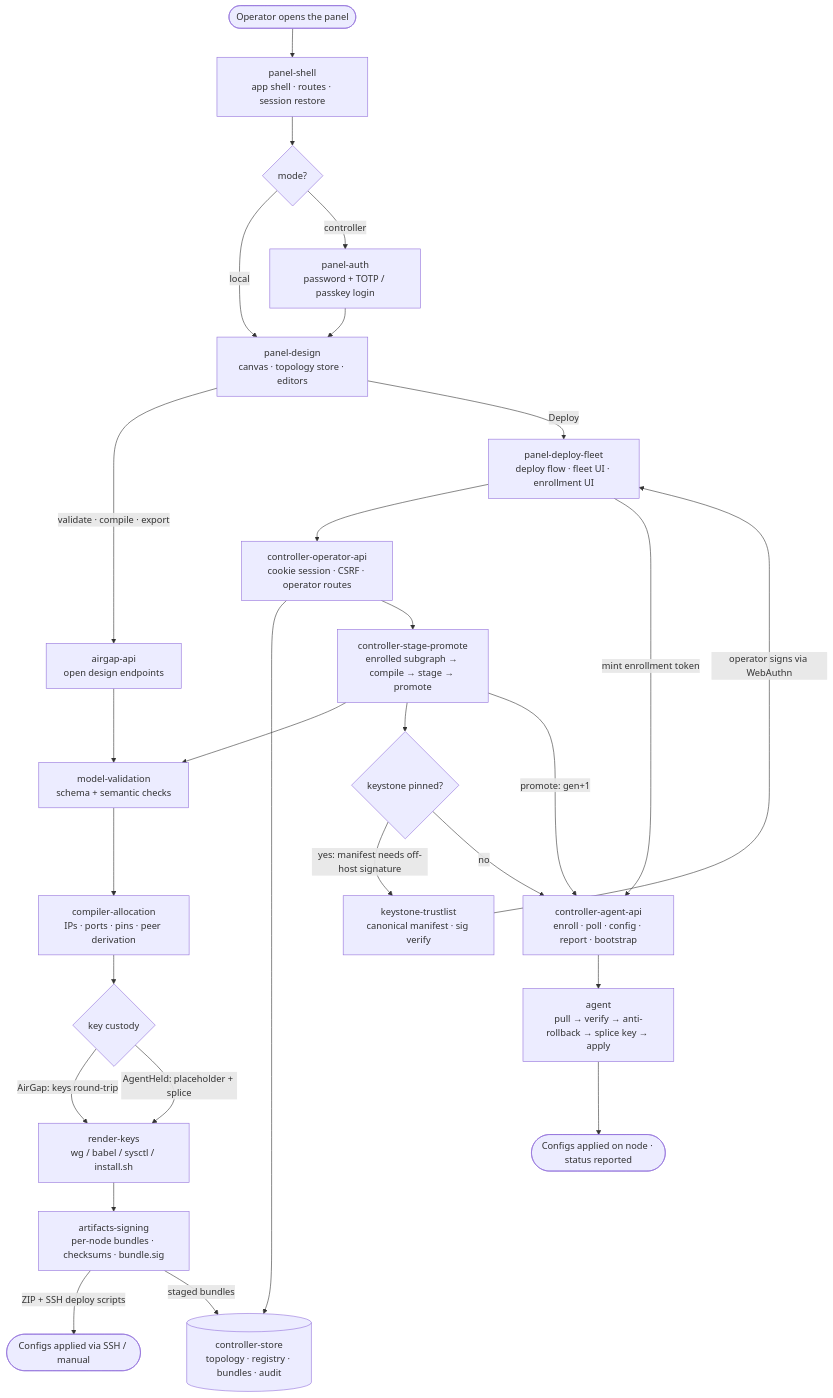
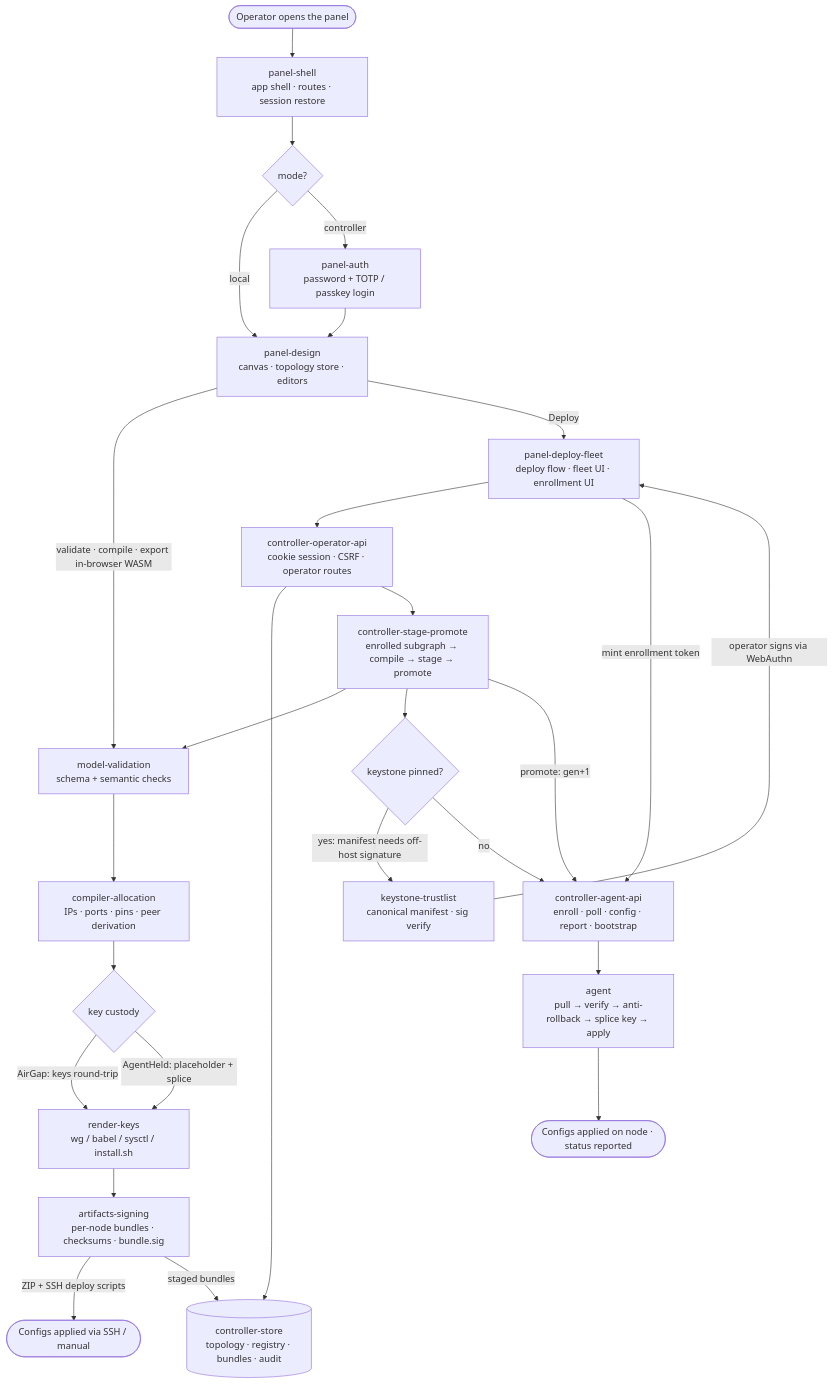
Before and after one commit to kunori-kiku/yet-another-overlay-generator: the diagram in specs/README.md, drawn with Mermaid. The commit also changed other lines of this file and 43 other files, not shown here.

````diff
--- a/specs/README.md
+++ b/specs/README.md
@@ -27,33 +27,32 @@
 ```mermaid
 flowchart TD
     START([Operator opens the panel]) --> SHELL[panel-shell<br/>app shell · routes · session restore]
     SHELL --> MODE{mode?}
 
     MODE -->|local| DESIGN[panel-design<br/>canvas · topology store · editors]
     MODE -->|controller| AUTH[panel-auth<br/>password + TOTP / passkey login]
     AUTH --> DESIGN
 
-    DESIGN -->|validate · compile · export| AIRGAP[airgap-api<br/>open design endpoints]
-    AIRGAP --> VALID[model-validation<br/>schema + semantic checks]
+    DESIGN -->|validate · compile · export in-browser WASM| VALID[model-validation<br/>schema + semantic checks]
     VALID --> COMPILE[compiler-allocation<br/>IPs · ports · pins · peer derivation]
     COMPILE --> CUSTODY{key custody}
     CUSTODY -->|AirGap: keys round-trip| RENDER[render-keys<br/>wg / babel / sysctl / install.sh]
     CUSTODY -->|AgentHeld: placeholder + splice| RENDER
     RENDER --> ART[artifacts-signing<br/>per-node bundles · checksums · bundle.sig]
     ART -->|ZIP + SSH deploy scripts| ENDLOCAL([Configs applied via SSH / manual])
 
     DESIGN -->|Deploy| DEPLOY[panel-deploy-fleet<br/>deploy flow · fleet UI · enrollment UI]
     DEPLOY --> OPAPI[controller-operator-api<br/>cookie session · CSRF · operator routes]
     OPAPI --> STORE[(controller-store<br/>topology · registry · bundles · audit)]
     OPAPI --> STAGE[controller-stage-promote<br/>enrolled subgraph → compile → stage → promote]
     STAGE --> VALID
     ART -->|staged bundles| STORE
     STAGE --> KEYSTONE{keystone pinned?}
     KEYSTONE -->|yes: manifest needs off-host signature| TRUST[keystone-trustlist<br/>canonical manifest · sig verify]
     TRUST -->|operator signs via WebAuthn| DEPLOY
     KEYSTONE -->|no| AGENTAPI[controller-agent-api<br/>enroll · poll · config · report · bootstrap]
     STAGE -->|promote: gen+1| AGENTAPI
     DEPLOY -->|mint enrollment token| AGENTAPI
     AGENTAPI --> AGENT[agent<br/>pull → verify → anti-rollback → splice key → apply]
     AGENT --> ENDCTL([Configs applied on node · status reported])
 ```
````
